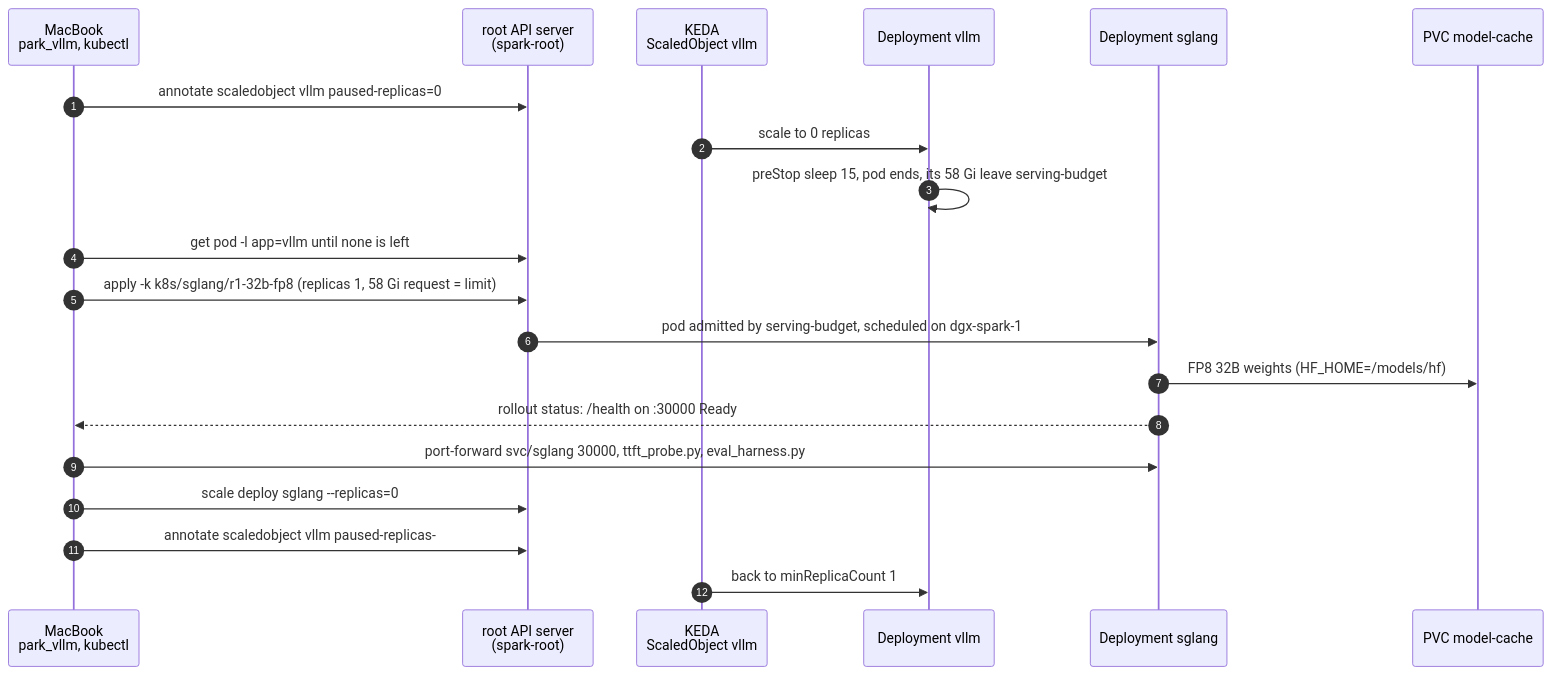
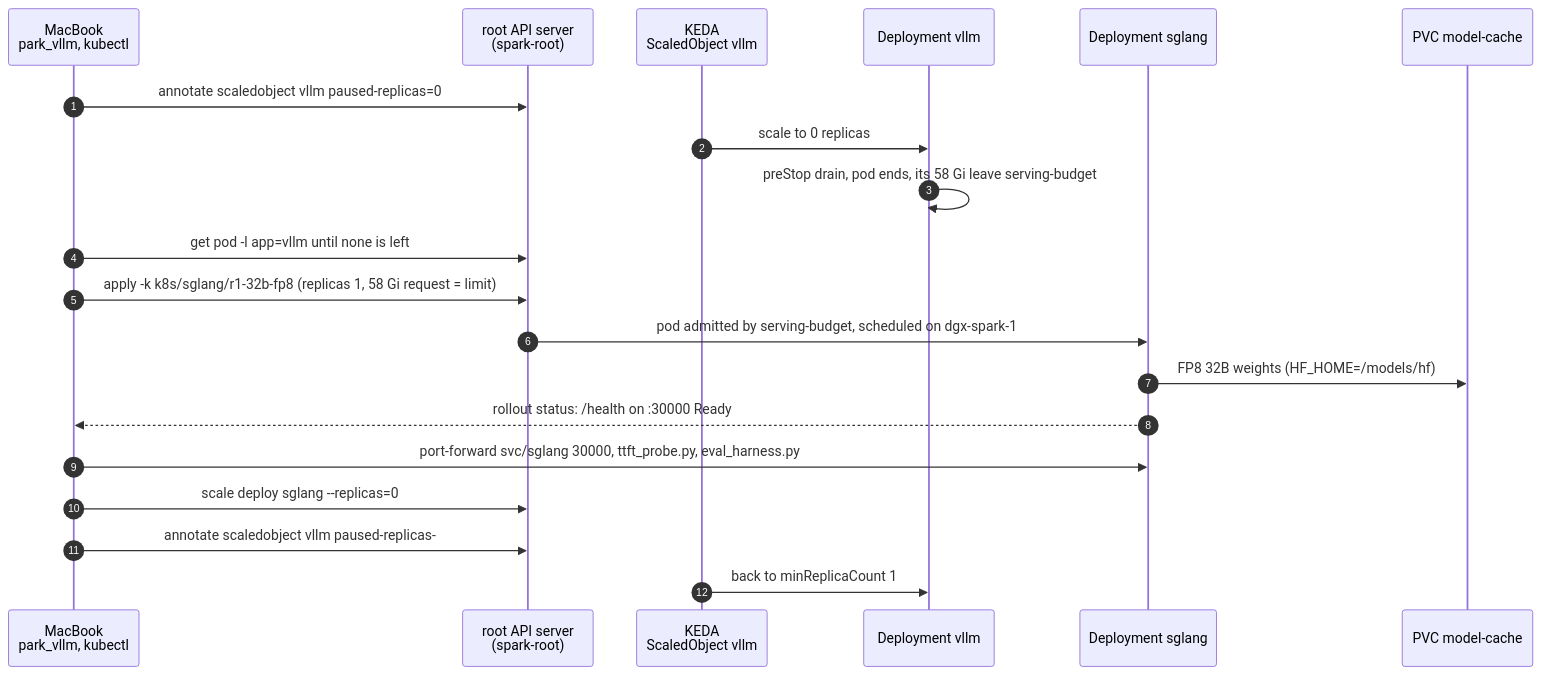
Before and after one commit to cloudone365/technical-depth: the fourth of 4 diagrams in 03-DeepSeek/07-alternative-engines-sglang-llamacpp-trtllm.md, drawn with Mermaid. The commit also changed 9 other files, not shown here.

First line of the commit message:
vLLM: preStop drains until no request runs (sleep 15 cut streams)

````diff
--- a/03-DeepSeek/07-alternative-engines-sglang-llamacpp-trtllm.md
+++ b/03-DeepSeek/07-alternative-engines-sglang-llamacpp-trtllm.md
@@ -122,22 +122,22 @@
 ```mermaid
 sequenceDiagram
   autonumber
   participant M as MacBook<br/>park_vllm, kubectl
   participant API as root API server<br/>(spark-root)
   participant K as KEDA<br/>ScaledObject vllm
   participant V as Deployment vllm
   participant S as Deployment sglang
   participant C as PVC model-cache
   M->>API: annotate scaledobject vllm paused-replicas=0
   K->>V: scale to 0 replicas
-  V->>V: preStop sleep 15, pod ends, its 58 Gi leave serving-budget
+  V->>V: preStop drain, pod ends, its 58 Gi leave serving-budget
   M->>API: get pod -l app=vllm until none is left
   M->>API: apply -k k8s/sglang/r1-32b-fp8 (replicas 1, 58 Gi request = limit)
   API->>S: pod admitted by serving-budget, scheduled on dgx-spark-1
   S->>C: FP8 32B weights (HF_HOME=/models/hf)
   S-->>M: rollout status: /health on :30000 Ready
   M->>S: port-forward svc/sglang 30000, ttft_probe.py, eval_harness.py
   M->>API: scale deploy sglang --replicas=0
   M->>API: annotate scaledobject vllm paused-replicas-
   K->>V: back to minReplicaCount 1
 ```
````
